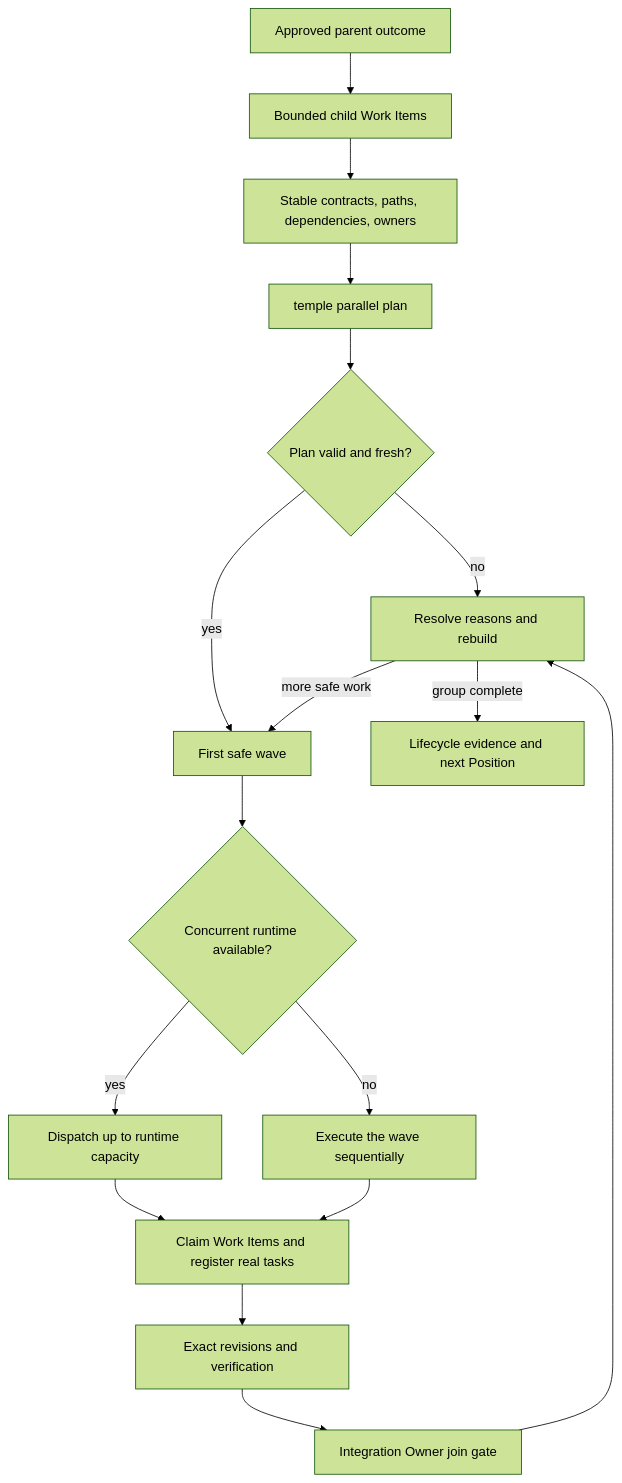
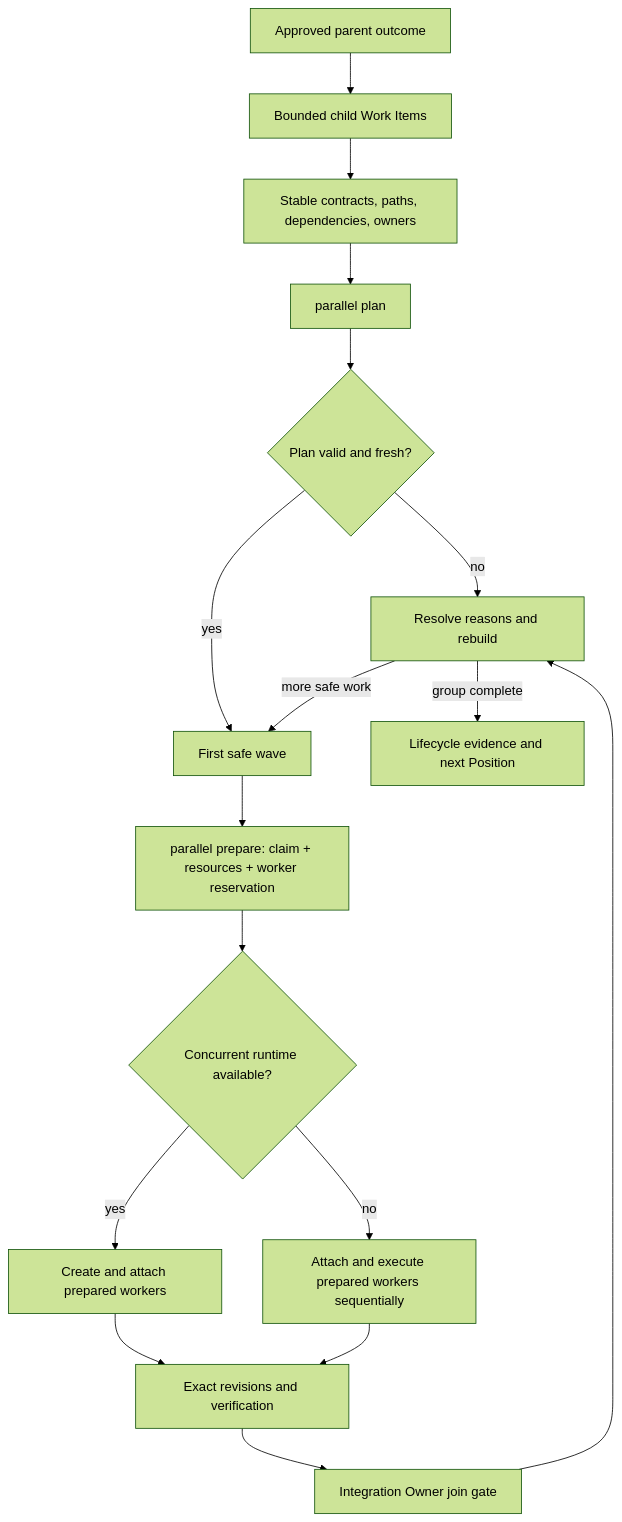
One commit to zsz1210/temple-ai-dev-org changed the diagram in docs/parallel-orchestration.md. Above: the diagram before and after it, drawn with Mermaid (forest theme). The commit also changed other lines of this file and 50 other files, not shown here.

````diff
--- a/docs/parallel-orchestration.md
+++ b/docs/parallel-orchestration.md
@@ -26,19 +27,19 @@
 ```mermaid
 flowchart TD
     OUTCOME[Approved parent outcome] --> SLICE[Bounded child Work Items]
     SLICE --> CONTRACTS[Stable contracts, paths, dependencies, owners]
-    CONTRACTS --> PLAN[temple parallel plan]
+    CONTRACTS --> PLAN[parallel plan]
     PLAN --> FRESH{Plan valid and fresh?}
     FRESH -->|no| REPLAN[Resolve reasons and rebuild]
     FRESH -->|yes| WAVE[First safe wave]
-    WAVE --> RUNTIME{Concurrent runtime available?}
-    RUNTIME -->|yes| DISPATCH[Dispatch up to runtime capacity]
-    RUNTIME -->|no| FALLBACK[Execute the wave sequentially]
-    DISPATCH --> CLAIMS[Claim Work Items and register real tasks]
-    FALLBACK --> CLAIMS
-    CLAIMS --> EVIDENCE[Exact revisions and verification]
+    WAVE --> PREPARE[parallel prepare: claim + resources + worker reservation]
+    PREPARE --> RUNTIME{Concurrent runtime available?}
+    RUNTIME -->|yes| DISPATCH[Create and attach prepared workers]
+    RUNTIME -->|no| FALLBACK[Attach and execute prepared workers sequentially]
+    DISPATCH --> EVIDENCE[Exact revisions and verification]
+    FALLBACK --> EVIDENCE
     EVIDENCE --> JOIN[Integration Owner join gate]
     JOIN --> REPLAN
     REPLAN -->|more safe work| WAVE
     REPLAN -->|group complete| NEXT[Lifecycle evidence and next Position]
 ```
````
